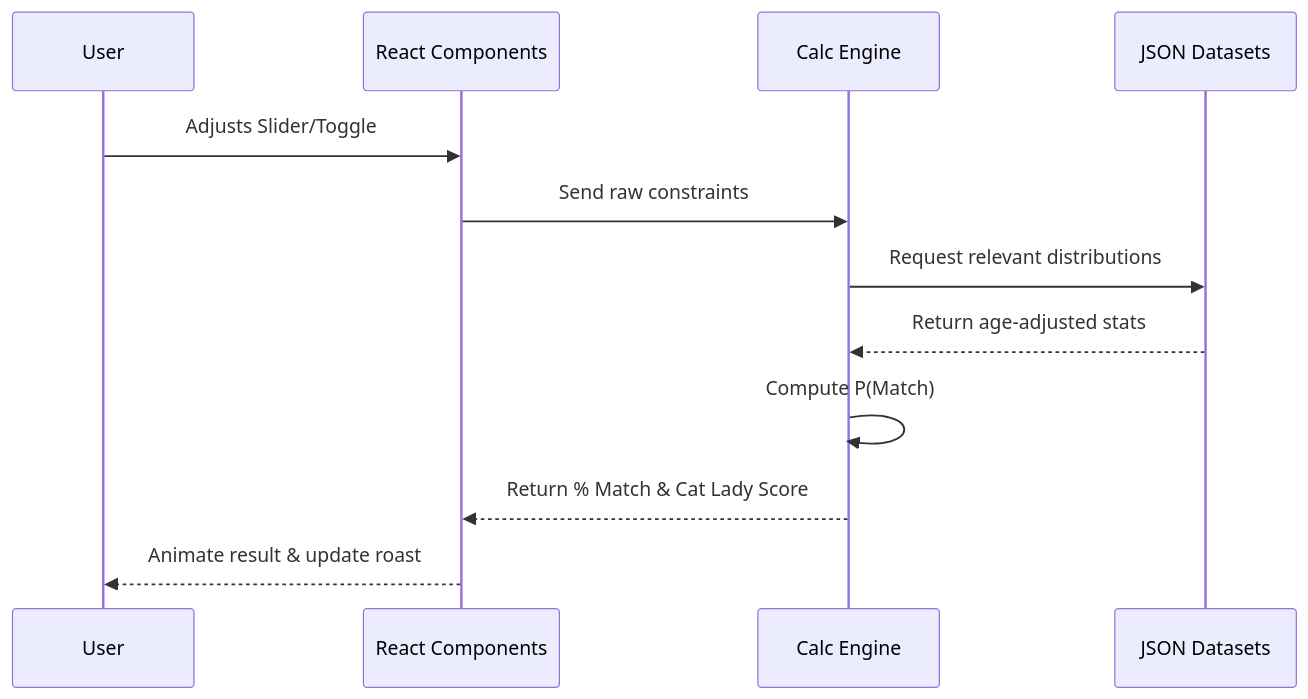
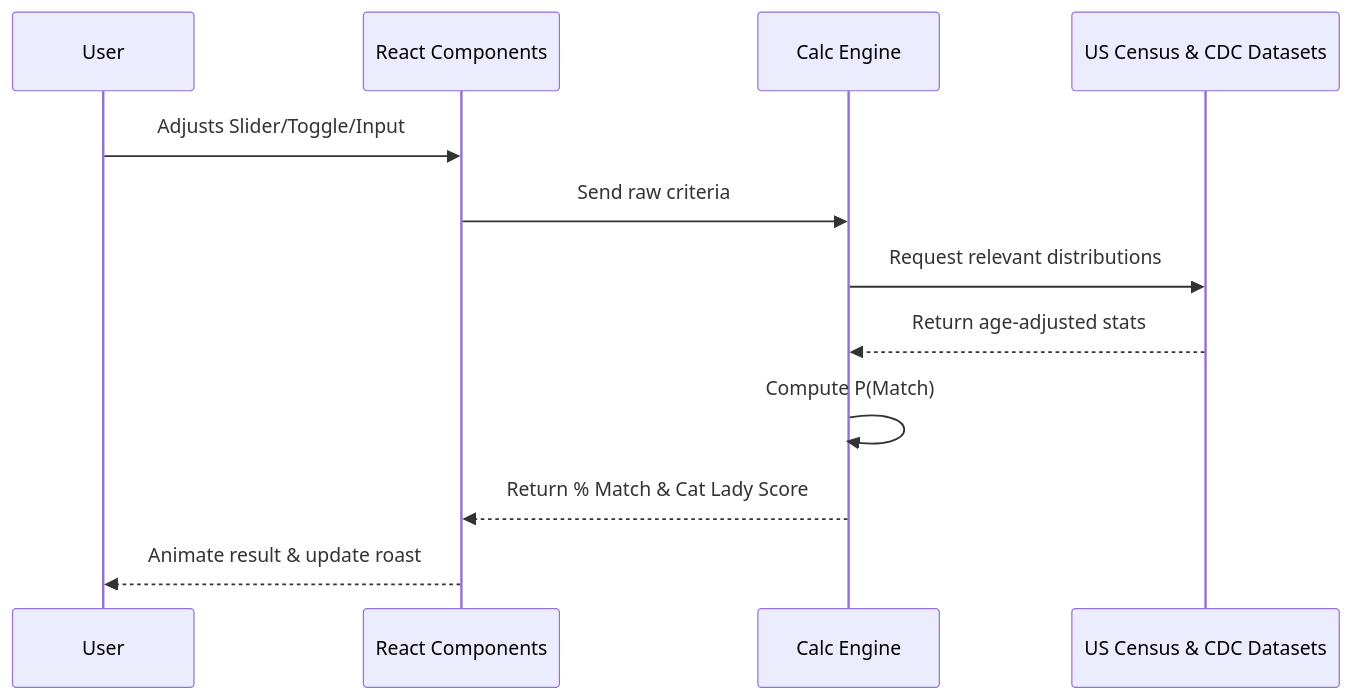
Before and after one commit to anmolsharma152/Delusion-Calculator: the second of 2 diagrams in docs/ARCHITECTURE.md, drawn with Mermaid. The commit also changed other lines of this file and 1 other file, not shown here.

Commit message:
docs: add 4 planned feature roadmap items to README and ARCHITECTURE

````diff
--- a/docs/ARCHITECTURE.md
+++ b/docs/ARCHITECTURE.md
@@ -41,15 +43,15 @@
 ```mermaid
 sequenceDiagram
     participant User
     participant UI as React Components
     participant Engine as Calc Engine
-    participant StaticData as JSON Datasets
+    participant StaticData as US Census & CDC Datasets
     
-    User->>UI: Adjusts Slider/Toggle
-    UI->>Engine: Send raw constraints
+    User->>UI: Adjusts Slider/Toggle/Input
+    UI->>Engine: Send raw criteria
     Engine->>StaticData: Request relevant distributions
     StaticData-->>Engine: Return age-adjusted stats
     Engine->>Engine: Compute P(Match)
     Engine-->>UI: Return % Match & Cat Lady Score
     UI-->>User: Animate result & update roast
 ```
````
